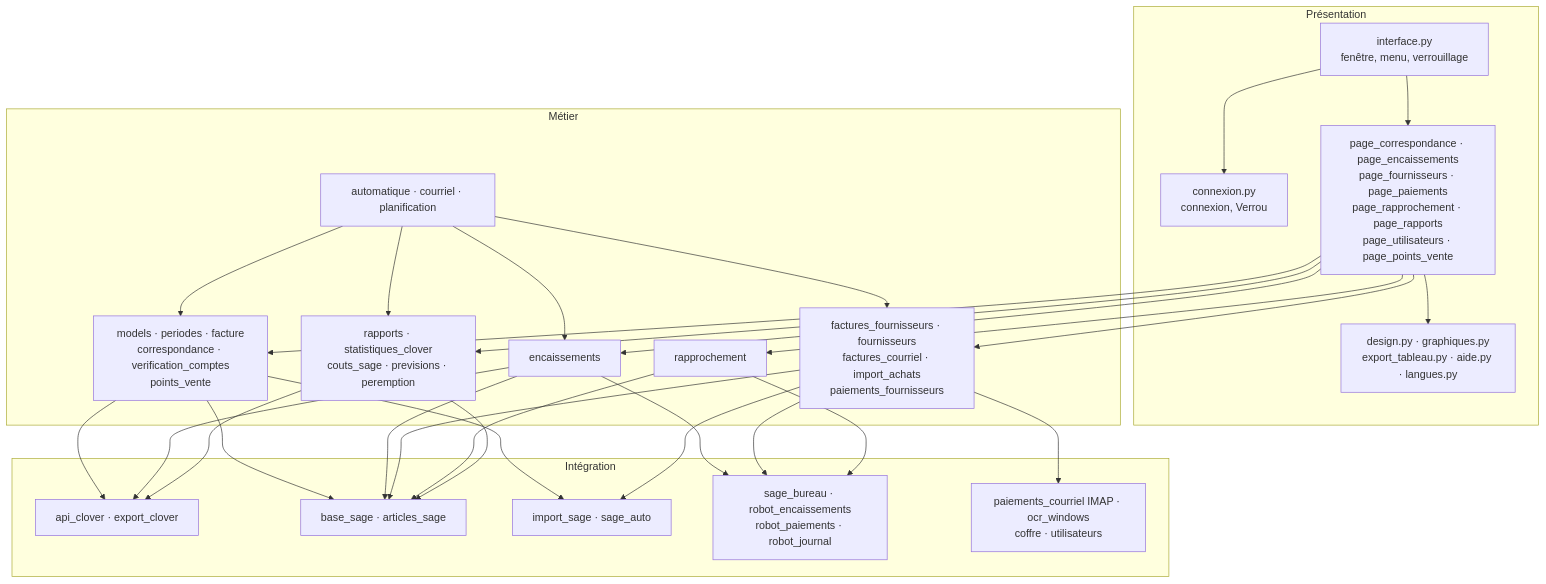
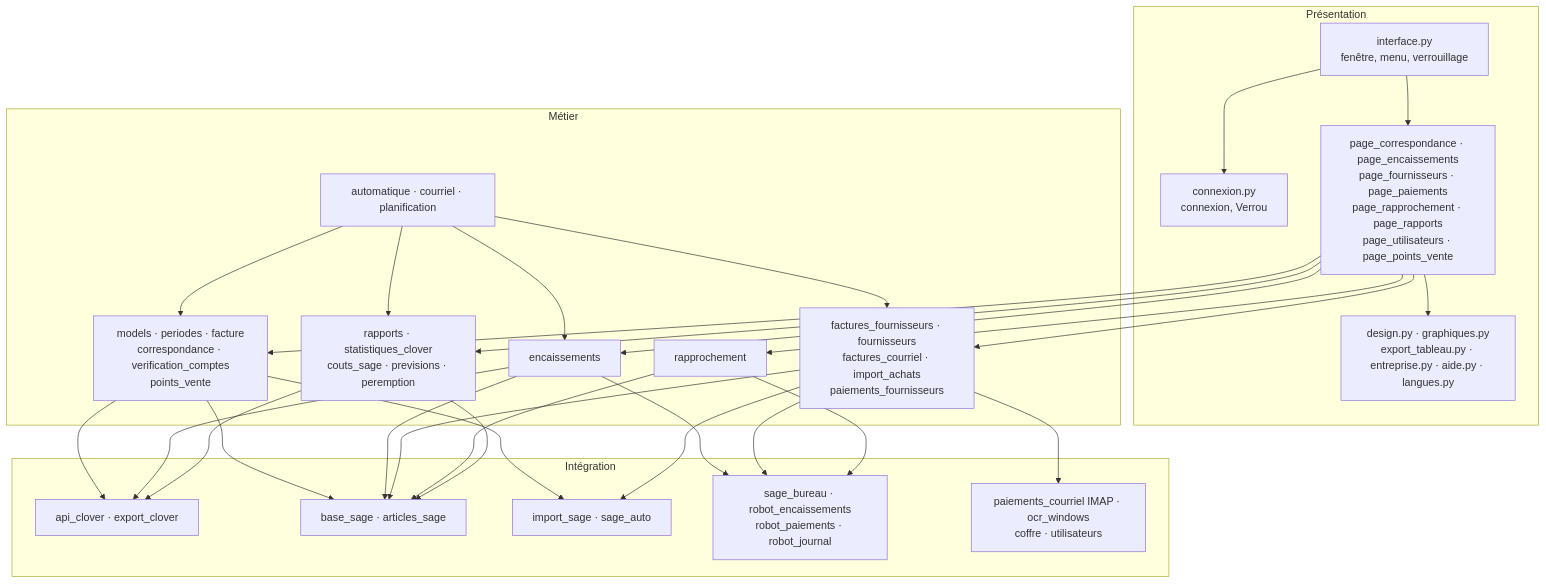
The second of 13 diagrams in ARCHITECTURE.md (mteingueng-dot/MVOGMBI_Sync_2026.1), drawn with Mermaid before and after one commit. The commit also changed other lines of this file and 17 other files, not shown here.

Commit message:
Impression avec en-tête d'entreprise Clover, liste Exporter à droite, champs obligatoires des points de vente, PDF plus robuste, aide et guide hors d'Administration, documentation à jour (versions 1.21.3 à 1.22.3)

````diff
--- a/ARCHITECTURE.md
+++ b/ARCHITECTURE.md
@@ -85,33 +85,33 @@
 ```mermaid
 flowchart TB
     subgraph Présentation
         interface["interface.py<br/>fenêtre, menu, verrouillage"]
         connexion["connexion.py<br/>connexion, Verrou"]
         pages["page_correspondance · page_encaissements<br/>page_fournisseurs · page_paiements<br/>page_rapprochement · page_rapports<br/>page_utilisateurs · page_points_vente"]
-        design["design.py · graphiques.py<br/>export_tableau.py · aide.py · langues.py"]
+        design["design.py · graphiques.py<br/>export_tableau.py · entreprise.py · aide.py · langues.py"]
     end
     subgraph Métier
         ventes["models · periodes · facture<br/>correspondance · verification_comptes<br/>points_vente"]
         enc["encaissements"]
         four["factures_fournisseurs · fournisseurs<br/>factures_courriel · import_achats<br/>paiements_fournisseurs"]
         rap["rapprochement"]
         stats["rapports · statistiques_clover<br/>couts_sage · previsions · peremption"]
         nuit["automatique · courriel · planification"]
     end
     subgraph Intégration
         clover["api_clover · export_clover"]
         sagel["base_sage · articles_sage"]
         sagei["import_sage · sage_auto"]
         robots["sage_bureau · robot_encaissements<br/>robot_paiements · robot_journal"]
         autres["paiements_courriel IMAP · ocr_windows<br/>coffre · utilisateurs"]
     end
     interface --> connexion
     interface --> pages --> design
     pages --> ventes & enc & four & rap & stats
     nuit --> ventes & enc & four & stats
     ventes --> clover & sagel & sagei
     enc --> clover & sagel & robots
     four --> sagel & sagei & robots & autres
     rap --> sagel & robots
     stats --> clover & sagel
 ```
````
